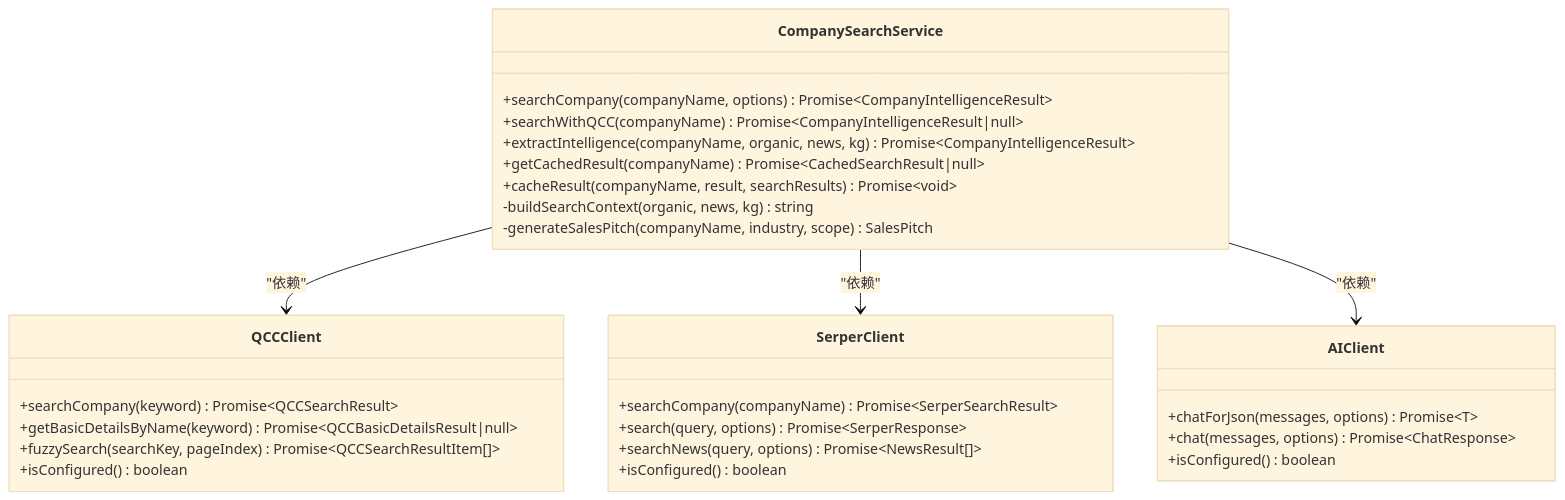
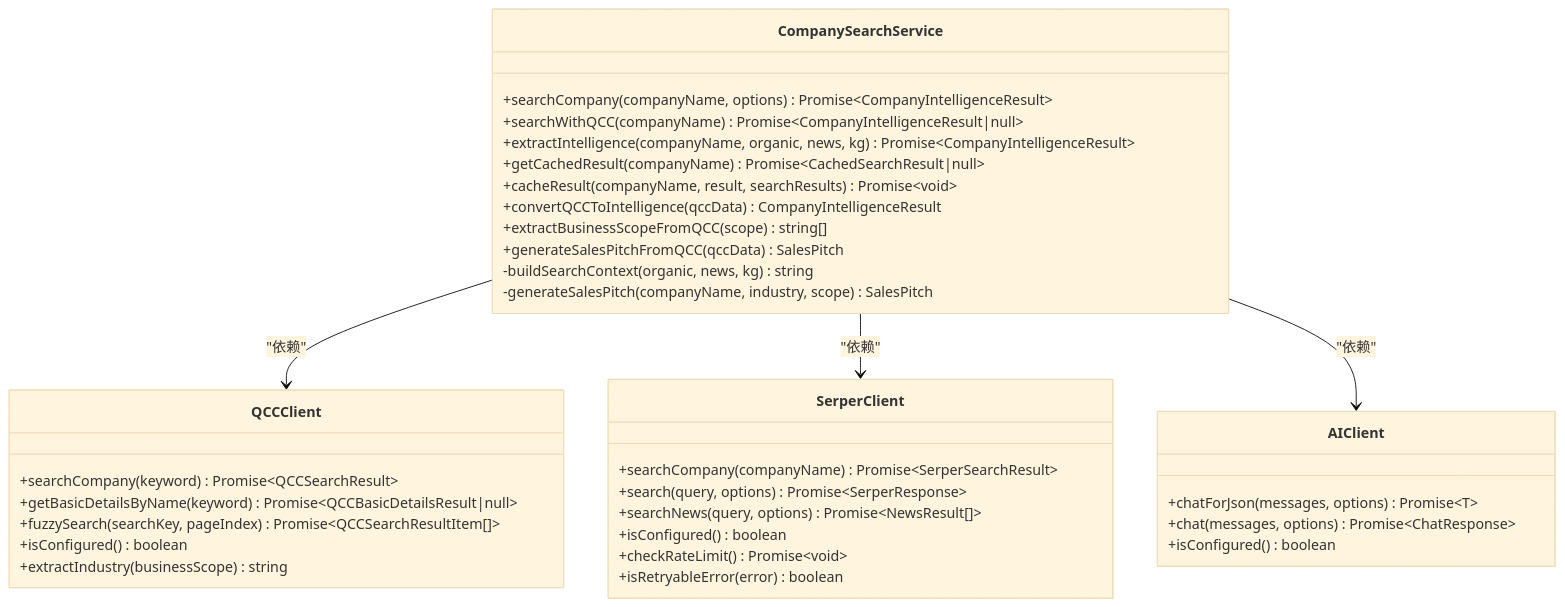
The third of 15 diagrams in .qoder/repowiki/zh/content/核心组件/公司搜索服务.md (xianjianshenqu/SalesFlow-CRM), drawn with Mermaid (base theme) before and after one commit. The commit also changed other lines of this file and 30 other files, not shown here.

````diff
--- a/.qoder/repowiki/zh/content/核心组件/公司搜索服务.md
+++ b/.qoder/repowiki/zh/content/核心组件/公司搜索服务.md
@@ -140,32 +147,38 @@
 ```mermaid
 classDiagram
 class CompanySearchService {
 +searchCompany(companyName, options) Promise~CompanyIntelligenceResult~
 +searchWithQCC(companyName) Promise~CompanyIntelligenceResult|null~
 +extractIntelligence(companyName, organic, news, kg) Promise~CompanyIntelligenceResult~
 +getCachedResult(companyName) Promise~CachedSearchResult|null~
 +cacheResult(companyName, result, searchResults) Promise~void~
++convertQCCToIntelligence(qccData) CompanyIntelligenceResult
++extractBusinessScopeFromQCC(scope) string[]
++generateSalesPitchFromQCC(qccData) SalesPitch
 -buildSearchContext(organic, news, kg) string
 -generateSalesPitch(companyName, industry, scope) SalesPitch
 }
 class QCCClient {
 +searchCompany(keyword) Promise~QCCSearchResult~
 +getBasicDetailsByName(keyword) Promise~QCCBasicDetailsResult|null~
 +fuzzySearch(searchKey, pageIndex) Promise~QCCSearchResultItem[]~
 +isConfigured() boolean
++extractIndustry(businessScope) string
 }
 class SerperClient {
 +searchCompany(companyName) Promise~SerperSearchResult~
 +search(query, options) Promise~SerperResponse~
 +searchNews(query, options) Promise~NewsResult[]~
 +isConfigured() boolean
++checkRateLimit() Promise~void~
++isRetryableError(error) boolean
 }
 class AIClient {
 +chatForJson(messages, options) Promise~T~
 +chat(messages, options) Promise~ChatResponse~
 +isConfigured() boolean
 }
 CompanySearchService --> QCCClient : "依赖"
 CompanySearchService --> SerperClient : "依赖"
 CompanySearchService --> AIClient : "依赖"
 ```
````
